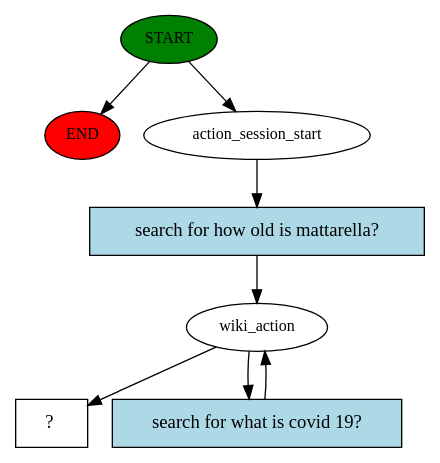
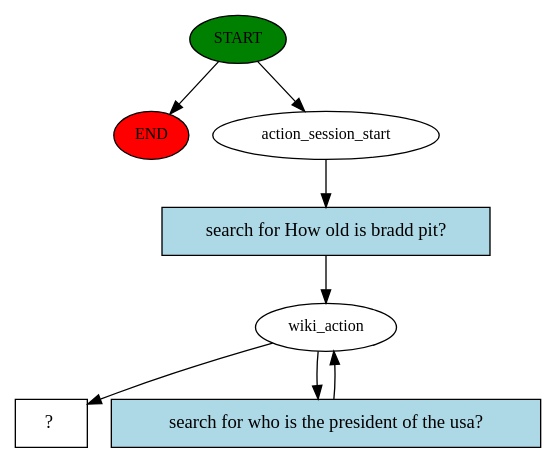
Before and after one commit to kode-git/NeMo: the diagram in rasa/story_graph.dot, drawn with Graphviz. The commit also changed 2 other files, not shown here.

```diff
--- a/rasa/story_graph.dot
+++ b/rasa/story_graph.dot
@@ -1,16 +1,16 @@
 digraph  {
 0 [class="start active", fillcolor=green, fontsize=12, label=START, style=filled];
 "-1" [class=end, fillcolor=red, fontsize=12, label=END, style=filled];
 1 [class=active, fontsize=12, label=action_session_start];
 2 [class=active, fontsize=12, label=wiki_action];
-6 [class="intent dashed active", label="  ?  ", shape=rect];
-7 [class="intent active", fillcolor=lightblue, label="search for how old is mattarella?", shape=rect, style=filled];
-8 [class="intent active", fillcolor=lightblue, label="search for what is covid 19?", shape=rect, style=filled];
+4 [class="intent dashed active", label="  ?  ", shape=rect];
+5 [class="intent active", fillcolor=lightblue, label="search for How old is bradd pit?", shape=rect, style=filled];
+6 [class="intent active", fillcolor=lightblue, label="search for who is the president of the usa?", shape=rect, style=filled];
 0 -> "-1"  [class="", key=NONE, label=""];
 0 -> 1  [class=active, key=NONE, label=""];
-1 -> 7  [class=active, key=0];
-2 -> 6  [class=active, key=NONE, label=""];
-2 -> 8  [class=active, key=0];
-7 -> 2  [class=active, key=0];
-8 -> 2  [class=active, key=0];
+1 -> 5  [class=active, key=0];
+2 -> 4  [class=active, key=NONE, label=""];
+2 -> 6  [class=active, key=0];
+5 -> 2  [class=active, key=0];
+6 -> 2  [class=active, key=0];
 }
```
